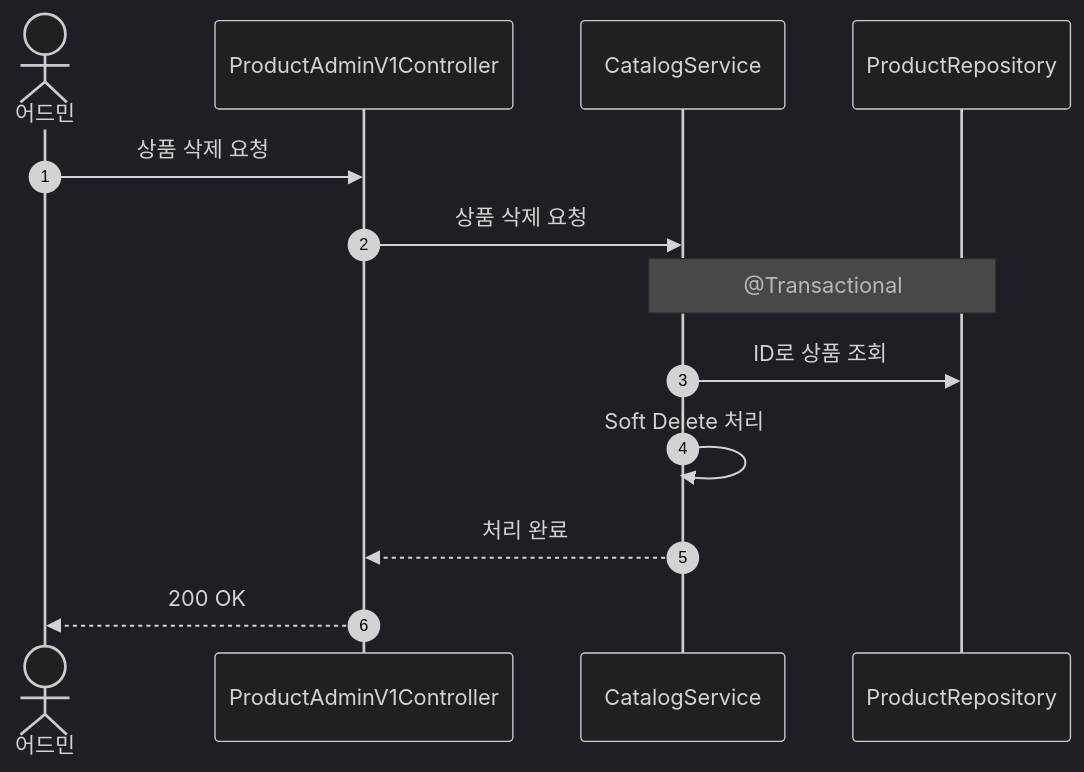
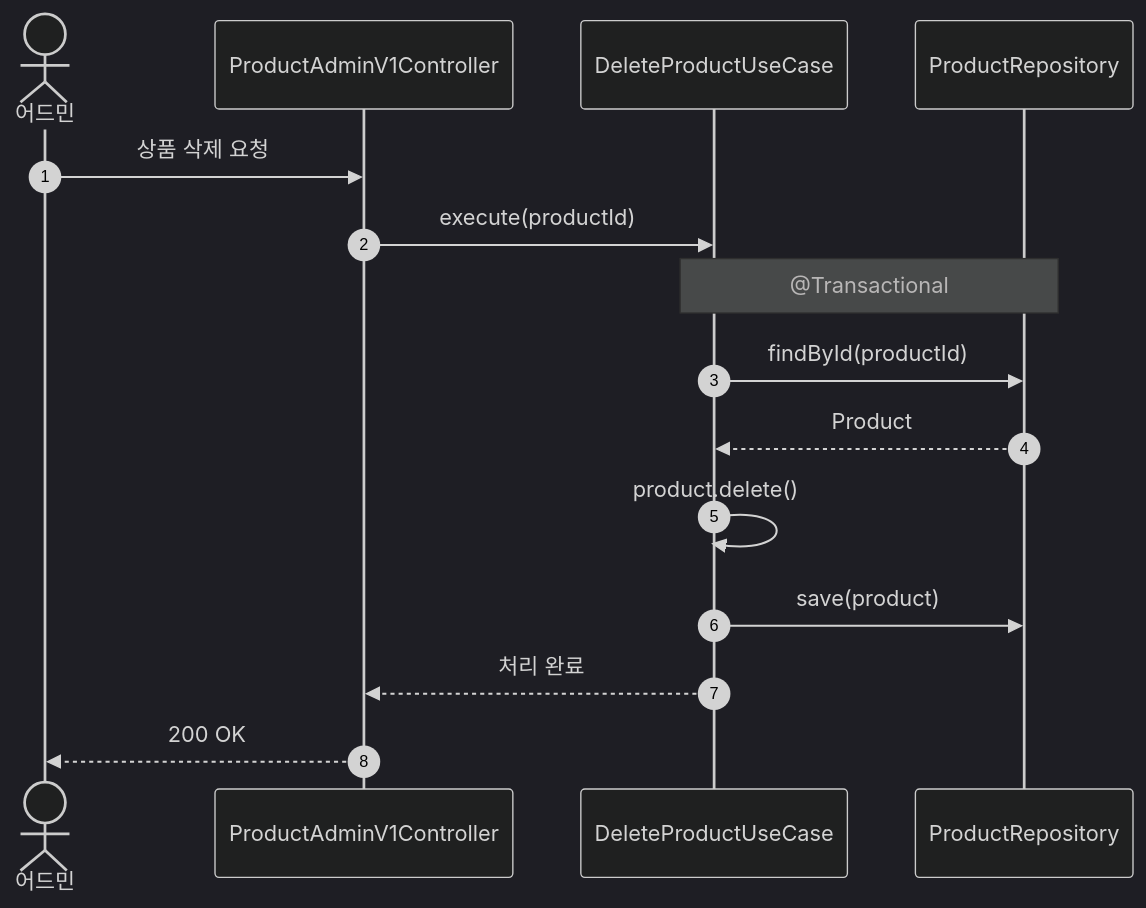
Diagram 14 of 26 in docs/design/02-sequence-diagrams.md (Loopers-dev-lab/loop-pack-be-l2-vol3-kotlin), drawn with Mermaid (dark theme) before and after one commit. The commit also changed other lines of this file and 6 other files, not shown here.

First line of the commit message:
docs: 설계 문서 최신화 — Facade/Service → UseCase 패턴 반영

````diff
--- a/docs/design/02-sequence-diagrams.md
+++ b/docs/design/02-sequence-diagrams.md
@@ -366,15 +377,17 @@
 ```mermaid
 sequenceDiagram
     autonumber
     actor Admin as 어드민
     participant C as ProductAdminV1Controller
-    participant S as CatalogService
+    participant UC as DeleteProductUseCase
     participant R as ProductRepository
     Admin ->> C: 상품 삭제 요청
-    C ->> S: 상품 삭제 요청
-    Note over S, R: @Transactional
-    S ->> R: ID로 상품 조회
-    S ->> S: Soft Delete 처리
-    S -->> C: 처리 완료
+    C ->> UC: execute(productId)
+    Note over UC, R: @Transactional
+    UC ->> R: findById(productId)
+    R -->> UC: Product
+    UC ->> UC: product.delete()
+    UC ->> R: save(product)
+    UC -->> C: 처리 완료
     C -->> Admin: 200 OK
 ```
````
